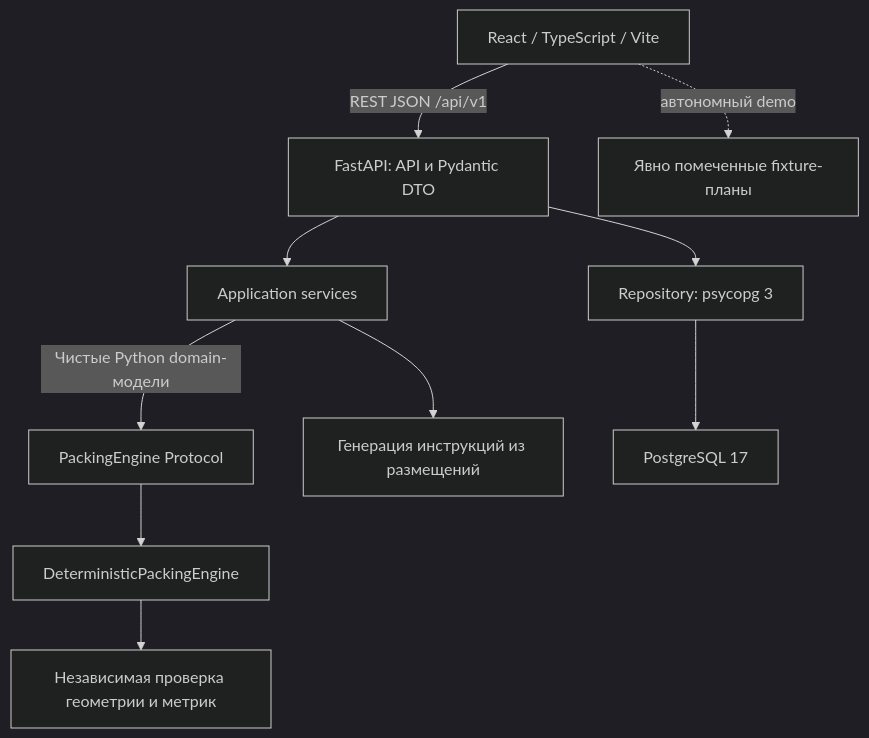
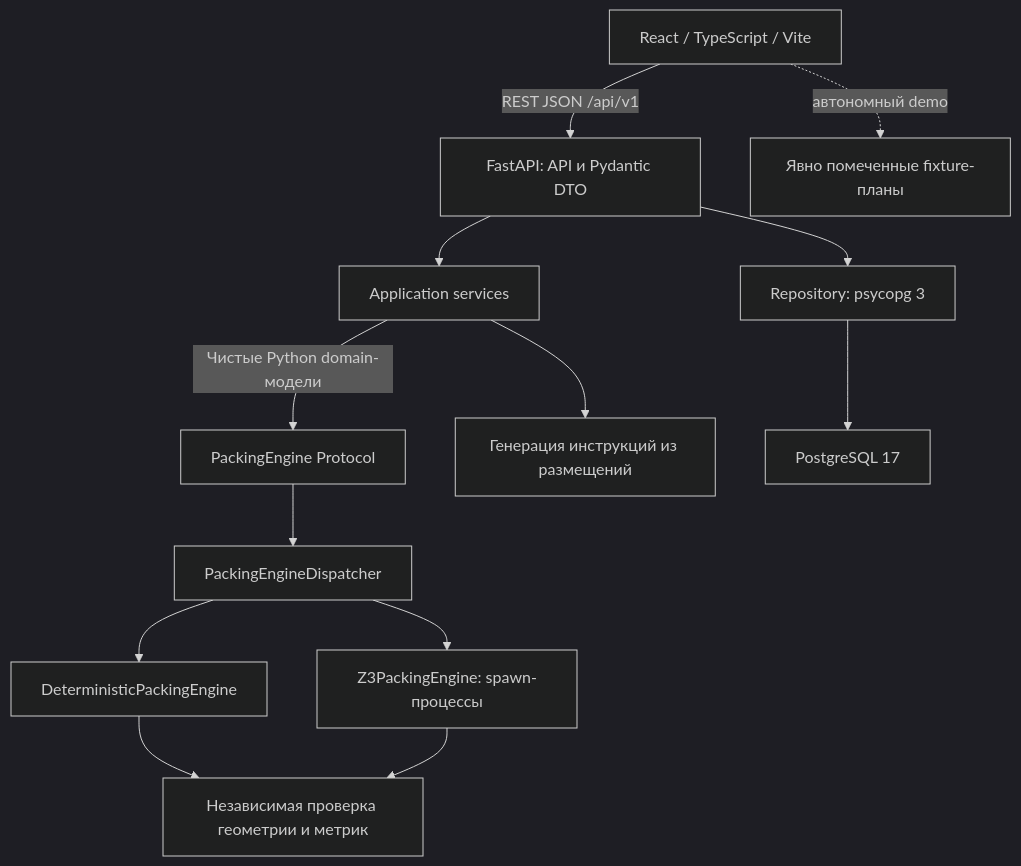
The diagram in docs/ARCHITECTURE.md (LongDude/DunCarBox), drawn with Mermaid (dark theme) before and after one commit. The commit also changed other lines of this file and 42 other files, not shown here.

````diff
--- a/docs/ARCHITECTURE.md
+++ b/docs/ARCHITECTURE.md
@@ -9,12 +9,15 @@
 ```mermaid
 flowchart TD
     UI[React / TypeScript / Vite] -->|REST JSON /api/v1| API[FastAPI: API и Pydantic DTO]
     API --> Service[Application services]
     Service -->|Чистые Python domain-модели| Engine[PackingEngine Protocol]
     API --> Storage[Repository: psycopg 3]
     Storage --> PostgreSQL[PostgreSQL 17]
-    Engine --> Packing[DeterministicPackingEngine]
+    Engine --> Dispatcher[PackingEngineDispatcher]
+    Dispatcher --> Packing[DeterministicPackingEngine]
+    Dispatcher --> Z3[Z3PackingEngine: spawn-процессы]
     Packing --> Validation[Независимая проверка геометрии и метрик]
+    Z3 --> Validation
     UI -. автономный demo .-> Stub[Явно помеченные fixture-планы]
     Service --> Instructions[Генерация инструкций из размещений]
 ```
````
